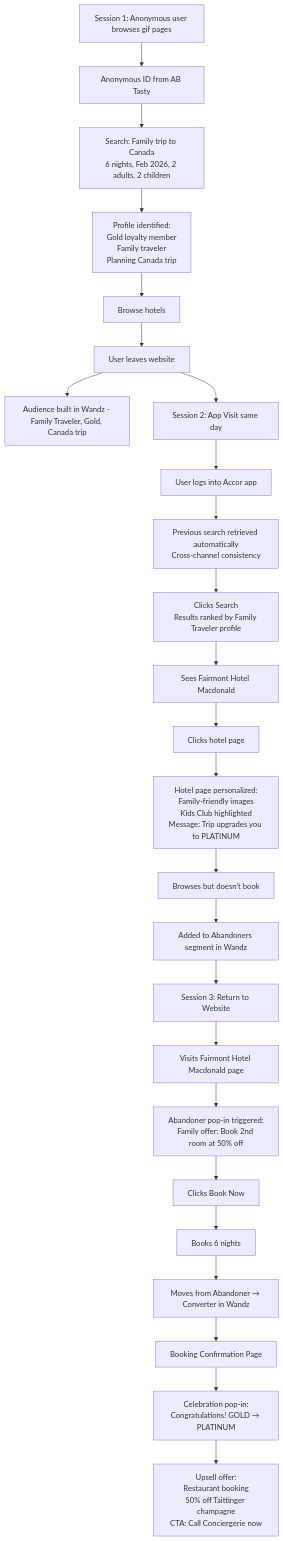
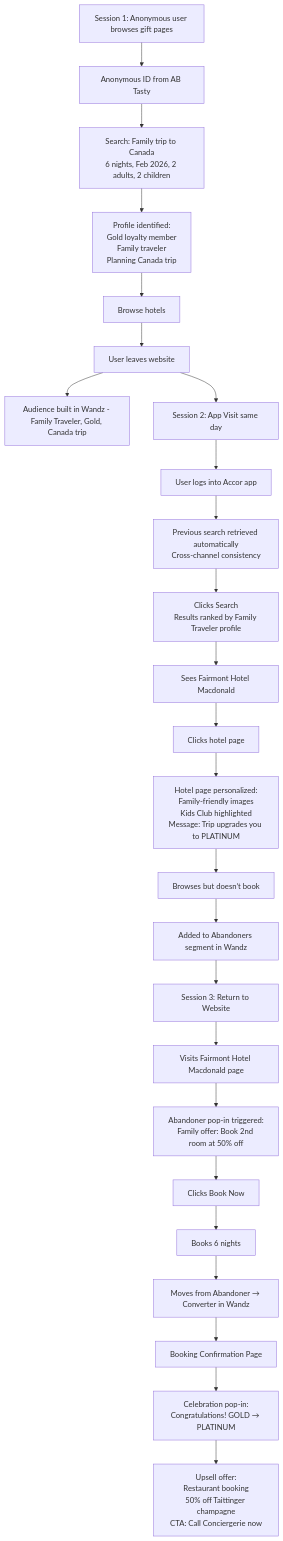
One commit to valoudefou/luxury-perosnalisation-across-channel changed the diagram in README.md. Above: the diagram before and after it, drawn with Mermaid.

Commit message:
Fix typo in session description in README.md

````diff
--- a/README.md
+++ b/README.md
@@ -1,34 +1,34 @@
 ```mermaid
 flowchart TD
     %% Session 1 - Website
-    A1[Session 1: Anonymous user browses gif pages] --> B1[Anonymous ID from AB Tasty]
+    A1[Session 1: Anonymous user browses gift pages] --> B1[Anonymous ID from AB Tasty]
     B1 --> C1[Search: Family trip to Canada<br>6 nights, Feb 2026, 2 adults, 2 children]
     C1 --> D1[Profile identified:<br>Gold loyalty member<br>Family traveler<br>Planning Canada trip]
     D1 --> E1[Browse hotels]
     E1 --> F1[User leaves website]
     F1 --> G1[Audience built in Wandz - Family Traveler, Gold, Canada trip]
 
     %% Session 2 - App Visit
     F1 --> A2[Session 2: App Visit same day]
     A2 --> B2[User logs into Accor app]
     B2 --> C2[Previous search retrieved automatically<br>Cross-channel consistency]
     C2 --> D2[Clicks Search<br>Results ranked by Family Traveler profile]
     D2 --> E2[Sees Fairmont Hotel Macdonald]
     E2 --> F2[Clicks hotel page]
     F2 --> G2[Hotel page personalized:<br>Family-friendly images<br>Kids Club highlighted<br>Message: Trip upgrades you to PLATINUM]
     G2 --> H2[Browses but doesn’t book]
     H2 --> I2[Added to Abandoners segment in Wandz]
 
     %% Session 3 - Return to Website
     I2 --> A3[Session 3: Return to Website]
     A3 --> B3[Visits Fairmont Hotel Macdonald page]
     B3 --> C3[Abandoner pop-in triggered:<br>Family offer: Book 2nd room at 50% off]
     C3 --> D3[Clicks Book Now]
     D3 --> E3[Books 6 nights]
     E3 --> F3[Moves from Abandoner → Converter in Wandz]
 
     %% Confirmation & Upsell
     F3 --> G3[Booking Confirmation Page]
     G3 --> H3[Celebration pop-in:<br>Congratulations! GOLD → PLATINUM]
     H3 --> I3[Upsell offer:<br>Restaurant booking<br>50% off Taittinger champagne<br>CTA: Call Conciergerie now]
 ```
````
